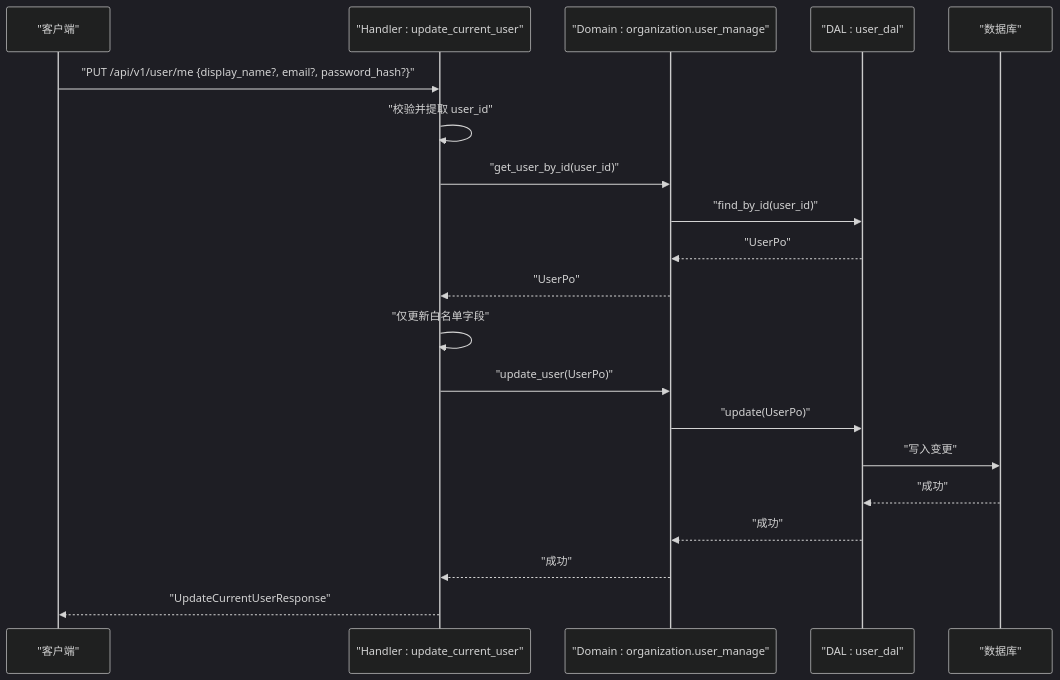
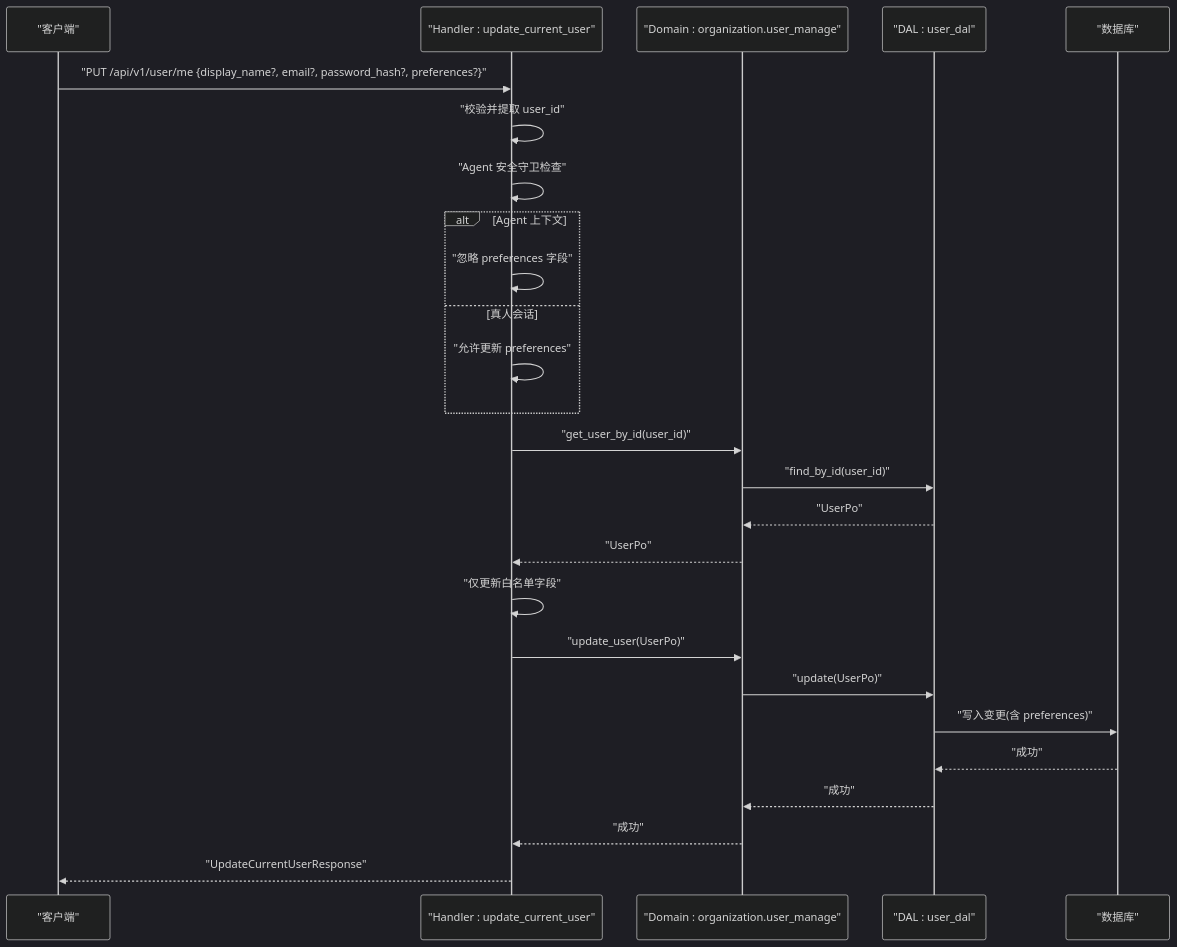
One commit to runningcoders/ai_orz changed the fourth of 7 diagrams in .qoder/repowiki/zh/content/API 参考/RESTful API/用户管理模块 API.md. Above: the diagram before and after it, drawn with Mermaid (dark theme). The commit also changed other lines of this file and 5 other files, not shown here.

````diff
--- a/.qoder/repowiki/zh/content/API 参考/RESTful API/用户管理模块 API.md
+++ b/.qoder/repowiki/zh/content/API 参考/RESTful API/用户管理模块 API.md
@@ -162,22 +181,28 @@
 ```mermaid
 sequenceDiagram
 participant Client as "客户端"
 participant Handler as "Handler : update_current_user"
 participant Domain as "Domain : organization.user_manage"
 participant DAL as "DAL : user_dal"
 participant DB as "数据库"
-Client->>Handler : "PUT /api/v1/user/me {display_name?, email?, password_hash?}"
+Client->>Handler : "PUT /api/v1/user/me {display_name?, email?, password_hash?, preferences?}"
 Handler->>Handler : "校验并提取 user_id"
+Handler->>Handler : "Agent 安全守卫检查"
+alt Agent 上下文
+Handler->>Handler : "忽略 preferences 字段"
+else 真人会话
+Handler->>Handler : "允许更新 preferences"
+end
 Handler->>Domain : "get_user_by_id(user_id)"
 Domain->>DAL : "find_by_id(user_id)"
 DAL-->>Domain : "UserPo"
 Domain-->>Handler : "UserPo"
 Handler->>Handler : "仅更新白名单字段"
 Handler->>Domain : "update_user(UserPo)"
 Domain->>DAL : "update(UserPo)"
-DAL->>DB : "写入变更"
+DAL->>DB : "写入变更(含 preferences)"
 DB-->>DAL : "成功"
 DAL-->>Domain : "成功"
 Domain-->>Handler : "成功"
 Handler-->>Client : "UpdateCurrentUserResponse"
 ```
````
